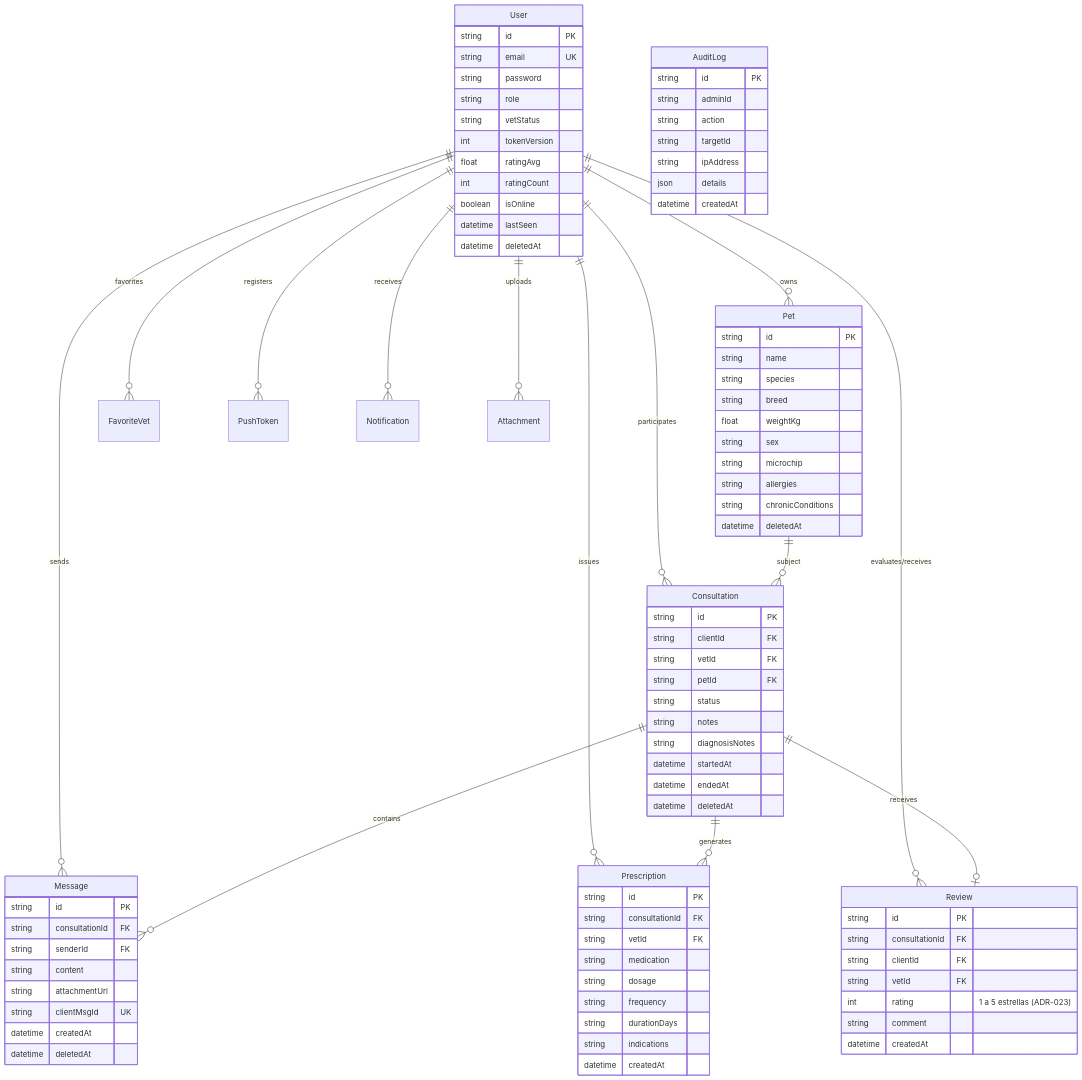
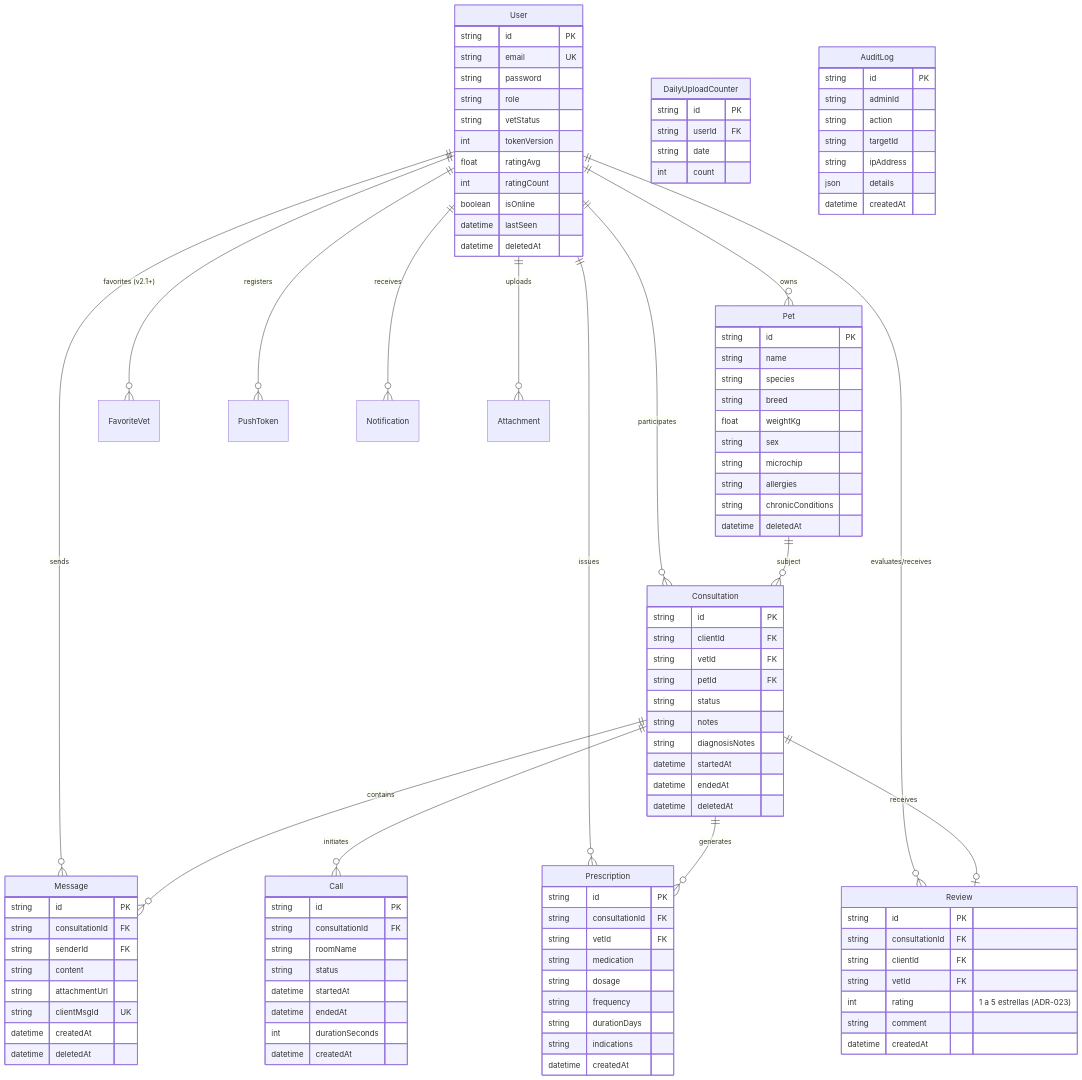
The second of 4 diagrams in docs/SPEC.md (grupo-pinnacle/VetConnect), drawn with Mermaid before and after one commit. The commit also changed other lines of this file and 8 other files, not shown here.

Commit message:
fix: reconcile data model scope, complete ERD Call, add notifications task packet, unify TTC SLO, and enhance governance verification

```diff
--- a/docs/SPEC.md
+++ b/docs/SPEC.md
@@ -94,13 +94,14 @@
     User ||--o{ Message : "sends"
     User ||--o{ Prescription : "issues"
     User ||--o{ Review : "evaluates/receives"
-    User ||--o{ FavoriteVet : "favorites"
+    User ||--o{ FavoriteVet : "favorites (v2.1+)"
     User ||--o{ PushToken : "registers"
     User ||--o{ Notification : "receives"
     User ||--o{ Attachment : "uploads"
 
     Pet ||--o{ Consultation : "subject"
     Consultation ||--o{ Message : "contains"
+    Consultation ||--o{ Call : "initiates"
     Consultation ||--o{ Prescription : "generates"
     Consultation ||--o| Review : "receives"
 
@@ -155,6 +156,24 @@
         datetime deletedAt
     }
 
+    Call {
+        string id PK
+        string consultationId FK
+        string roomName
+        string status
+        datetime startedAt
+        datetime endedAt
+        int durationSeconds
+        datetime createdAt
+    }
+
+    DailyUploadCounter {
+        string id PK
+        string userId FK
+        string date
+        int count
+    }
+
     Prescription {
         string id PK
         string consultationId FK
```
